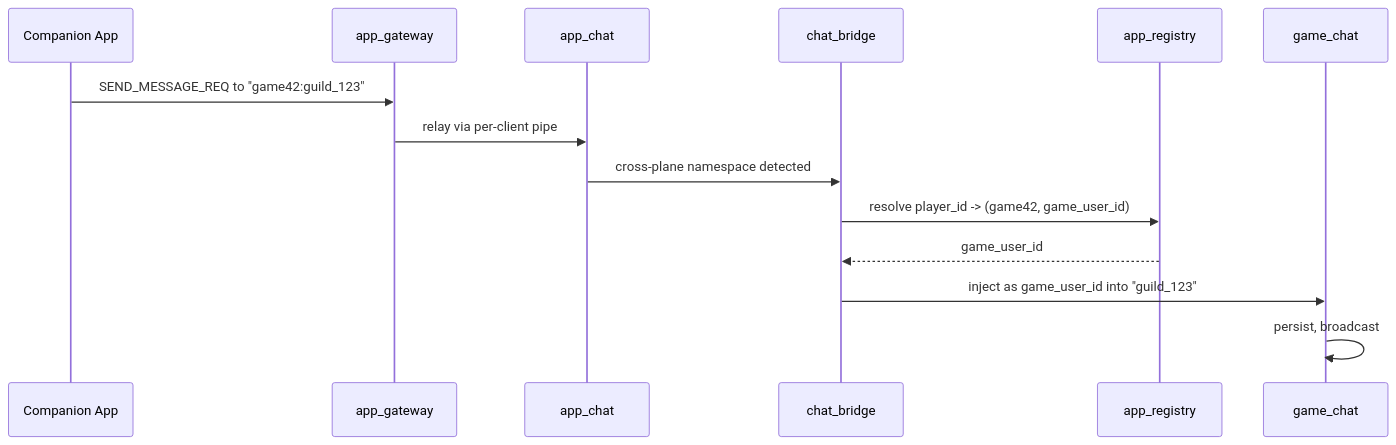
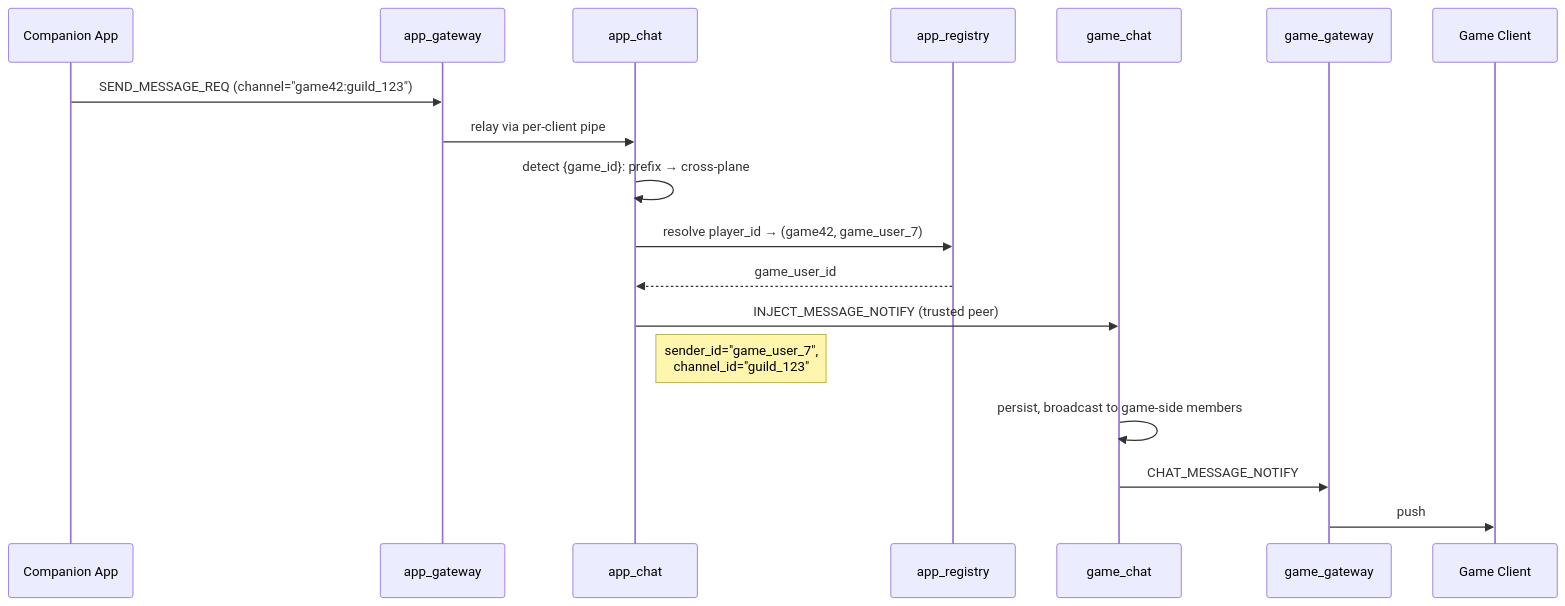
The fourth of 5 diagrams in docs/architecture.md (cuihairu/chirp), drawn with Mermaid before and after one commit. The commit also changed other lines of this file and 4 other files, not shown here.

First line of the commit message:
docs: replace chat_bridge with native peer registration protocol

````diff
--- a/docs/architecture.md
+++ b/docs/architecture.md
@@ -179,17 +192,21 @@
 ```mermaid
 sequenceDiagram
     participant A as Companion App
     participant AG as app_gateway
     participant AC as app_chat
-    participant CB as chat_bridge
     participant AR as app_registry
-    participant CH as game_chat
+    participant GC as game_chat
+    participant G as game_gateway
+    participant C as Game Client
 
-    A->>AG: SEND_MESSAGE_REQ to "game42:guild_123"
+    A->>AG: SEND_MESSAGE_REQ (channel="game42:guild_123")
     AG->>AC: relay via per-client pipe
-    AC->>CB: cross-plane namespace detected
-    CB->>AR: resolve player_id -> (game42, game_user_id)
-    AR-->>CB: game_user_id
-    CB->>CH: inject as game_user_id into "guild_123"
-    CH->>CH: persist, broadcast
+    AC->>AC: detect {game_id}: prefix → cross-plane
+    AC->>AR: resolve player_id → (game42, game_user_7)
+    AR-->>AC: game_user_id
+    AC->>GC: INJECT_MESSAGE_NOTIFY (trusted peer)
+    Note right of AC: sender_id="game_user_7",<br/>channel_id="guild_123"
+    GC->>GC: persist, broadcast to game-side members
+    GC->>G: CHAT_MESSAGE_NOTIFY
+    G->>C: push
 ```
````
